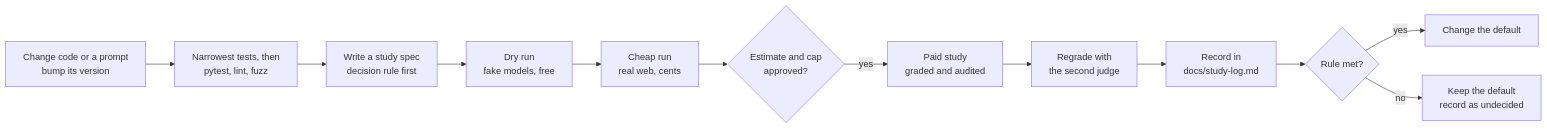
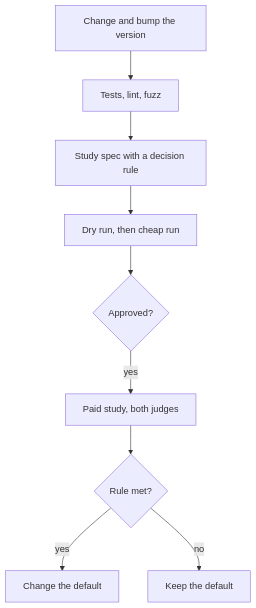
The second of 3 diagrams in README.md (rjanseko/research-loop), drawn with Mermaid before and after one commit. The commit also changed other lines of this file, not shown here.

First line of the commit message:
Draw the README's diagrams top to bottom with fewer, shorter boxes

````diff
--- a/README.md
+++ b/README.md
@@ -114,14 +114,11 @@
 ```mermaid
-flowchart LR
-    change["Change code or a prompt<br/>bump its version"] --> tests["Narrowest tests, then<br/>pytest, lint, fuzz"]
-    tests --> spec["Write a study spec<br/>decision rule first"]
-    spec --> dry["Dry run<br/>fake models, free"]
-    dry --> cheap["Cheap run<br/>real web, cents"]
-    cheap --> approve{"Estimate and cap<br/>approved?"}
-    approve -- "yes" --> paid["Paid study<br/>graded and audited"]
-    paid --> judge2["Regrade with<br/>the second judge"]
-    judge2 --> record["Record in<br/>docs/study-log.md"]
-    record --> decide{"Rule met?"}
+flowchart TD
+    change["Change and bump the version"] --> tests["Tests, lint, fuzz"]
+    tests --> spec["Study spec with a decision rule"]
+    spec --> checks["Dry run, then cheap run"]
+    checks --> approve{"Approved?"}
+    approve -- "yes" --> paid["Paid study, both judges"]
+    paid --> decide{"Rule met?"}
     decide -- "yes" --> adopt["Change the default"]
-    decide -- "no" --> keep["Keep the default<br/>record as undecided"]
+    decide -- "no" --> keep["Keep the default"]
 ```
````
